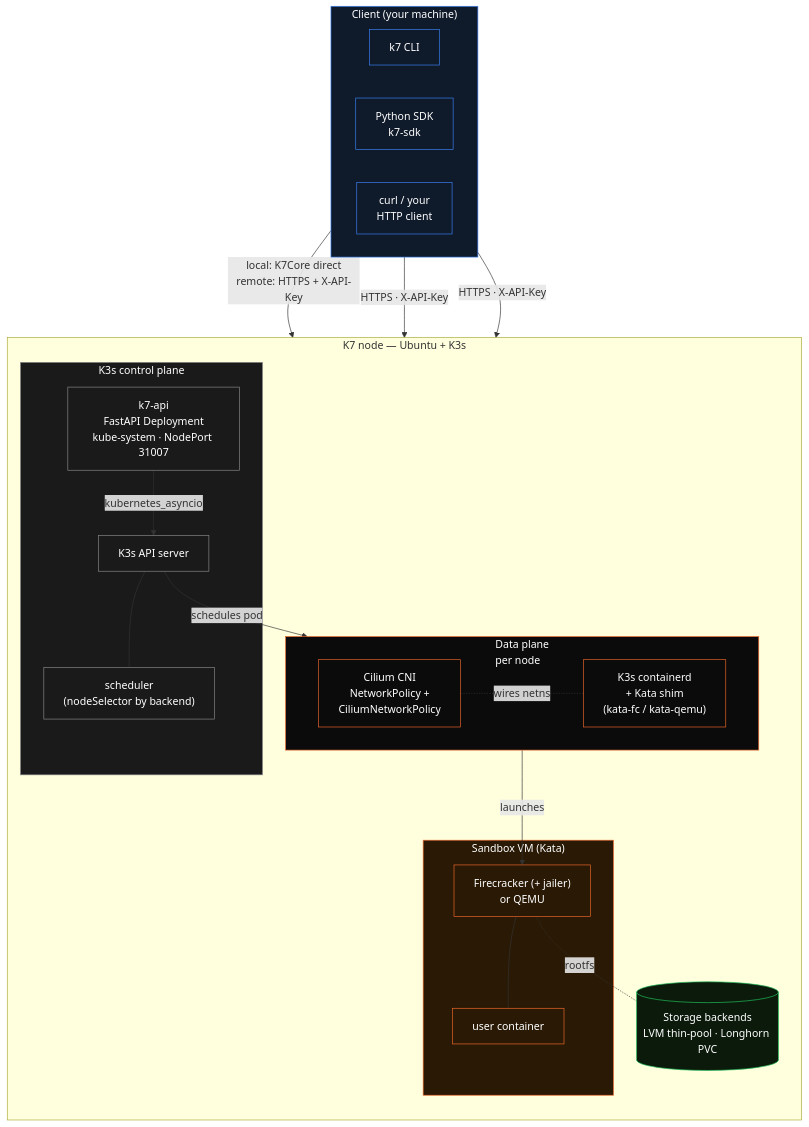
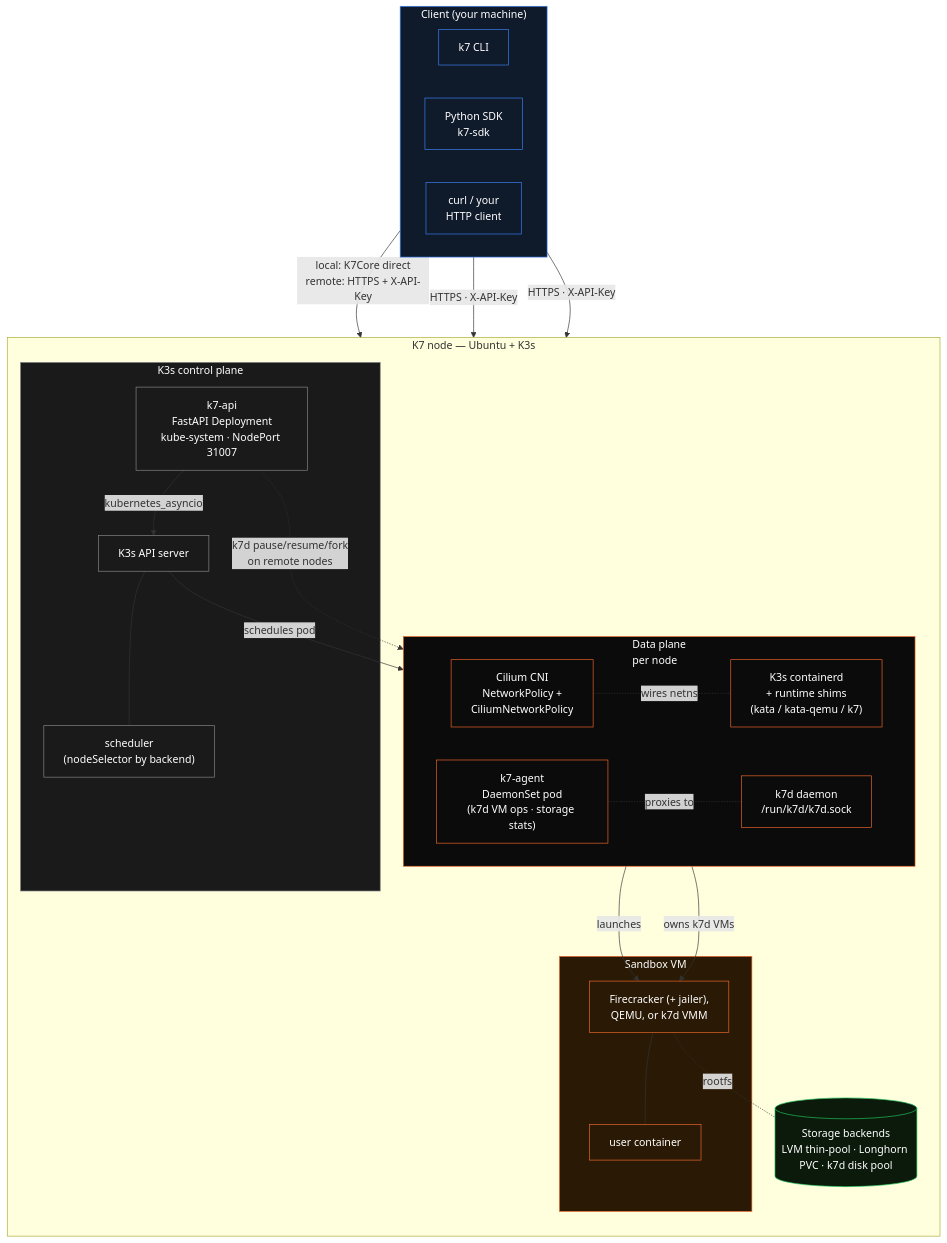
Before and after one commit to Katakate/docs: the diagram in k7/concepts/architecture.mdx, drawn with Mermaid. The commit also changed other lines of this file and 9 other files, not shown here.

First line of the commit message:
k7 docs: refresh multi-node, agent, and storage docs

````diff
--- a/k7/concepts/architecture.mdx
+++ b/k7/concepts/architecture.mdx
@@ -10,55 +10,60 @@
 ```mermaid
 flowchart TB
     subgraph Client["Client (your machine)"]
         direction LR
         CLI["k7 CLI"]
         SDK["Python SDK<br/>k7-sdk"]
         Curl["curl / your<br/>HTTP client"]
     end
 
     subgraph Node["K7 node — Ubuntu + K3s"]
         direction TB
 
         subgraph ControlPlane["K3s control plane"]
             API["k7-api<br/>FastAPI Deployment<br/>kube-system · NodePort 31007"]
             K3sAPI["K3s API server"]
             Sched["scheduler<br/>(nodeSelector by backend)"]
             API -- "kubernetes_asyncio" --> K3sAPI
             K3sAPI --- Sched
         end
 
         subgraph DataPlane["Data plane<br/>per node"]
             direction LR
             Cilium["Cilium CNI<br/>NetworkPolicy +<br/>CiliumNetworkPolicy"]
-            Containerd["K3s containerd<br/>+ Kata shim<br/>(kata-fc / kata-qemu)"]
+            Containerd["K3s containerd<br/>+ runtime shims<br/>(kata / kata-qemu / k7)"]
+            Agent["k7-agent<br/>DaemonSet pod<br/>(k7d VM ops · storage stats)"]
+            K7dD["k7d daemon<br/>/run/k7d/k7d.sock"]
         end
 
-        subgraph Sandbox["Sandbox VM (Kata)"]
-            VMM["Firecracker (+ jailer)<br/>or QEMU"]
+        subgraph Sandbox["Sandbox VM"]
+            VMM["Firecracker (+ jailer),<br/>QEMU, or k7d VMM"]
             UserCnt["user container"]
             VMM --- UserCnt
         end
 
-        Storage[("Storage backends<br/>LVM thin-pool · Longhorn PVC")]
+        Storage[("Storage backends<br/>LVM thin-pool · Longhorn PVC · k7d disk pool")]
 
         K3sAPI -- "schedules pod" --> Containerd
         Cilium -. "wires netns" .- Containerd
         Containerd -- "launches" --> VMM
+        API -. "k7d pause/resume/fork<br/>on remote nodes" .-> Agent
+        Agent -. "proxies to" .- K7dD
+        K7dD -- "owns k7d VMs" --> VMM
         VMM -. "rootfs" .- Storage
     end
 
     CLI -- "local: K7Core direct<br/>remote: HTTPS + X-API-Key" --> API
     SDK -- "HTTPS · X-API-Key" --> API
     Curl -- "HTTPS · X-API-Key" --> API
 
     classDef client fill:#0f1a2a,stroke:#3b82f6,color:#fff;
     classDef ctrl fill:#1a1a1a,stroke:#888,color:#fff;
     classDef data fill:#0b0b0b,stroke:#ef672b,color:#fff;
     classDef vm fill:#2a1a05,stroke:#ef672b,color:#fff;
     classDef store fill:#0b1a0b,stroke:#22c55e,color:#fff;
     class Client,CLI,SDK,Curl client;
     class ControlPlane,API,K3sAPI,Sched ctrl;
-    class DataPlane,Cilium,Containerd data;
+    class DataPlane,Cilium,Containerd,Agent,K7dD data;
     class Sandbox,VMM,UserCnt vm;
     class Storage store;
 ```
````
